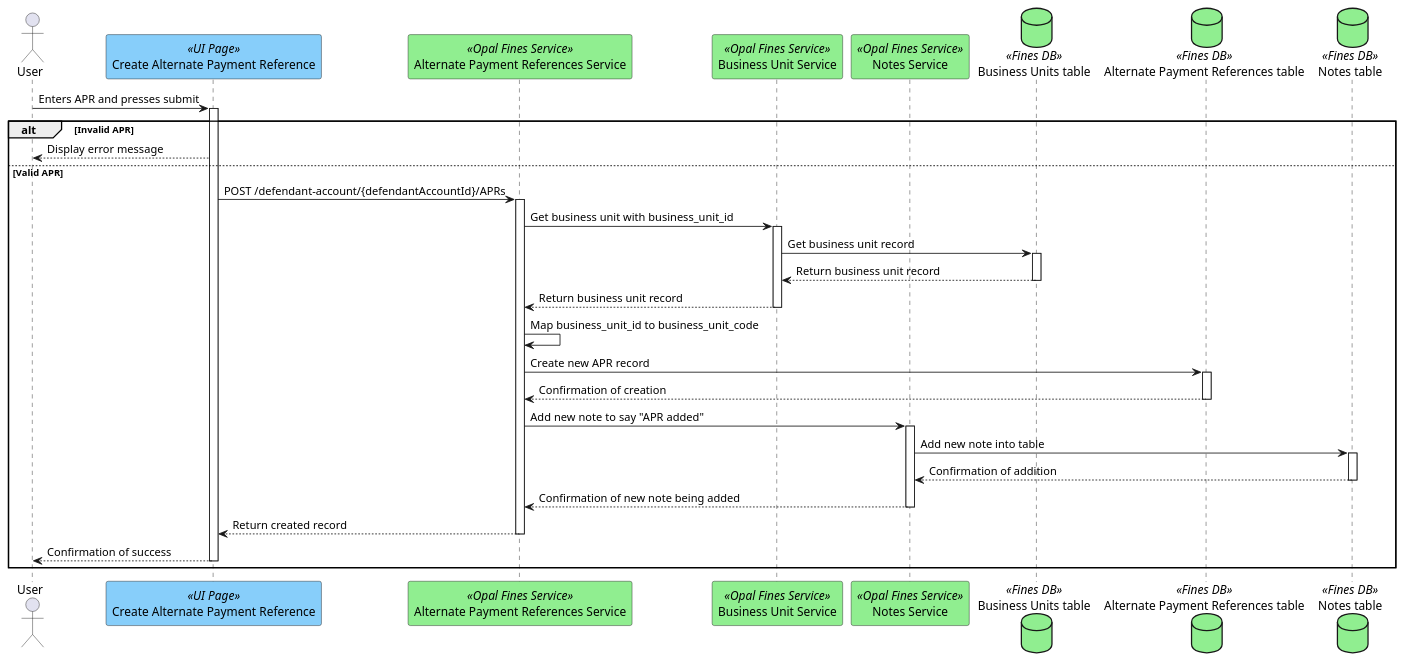
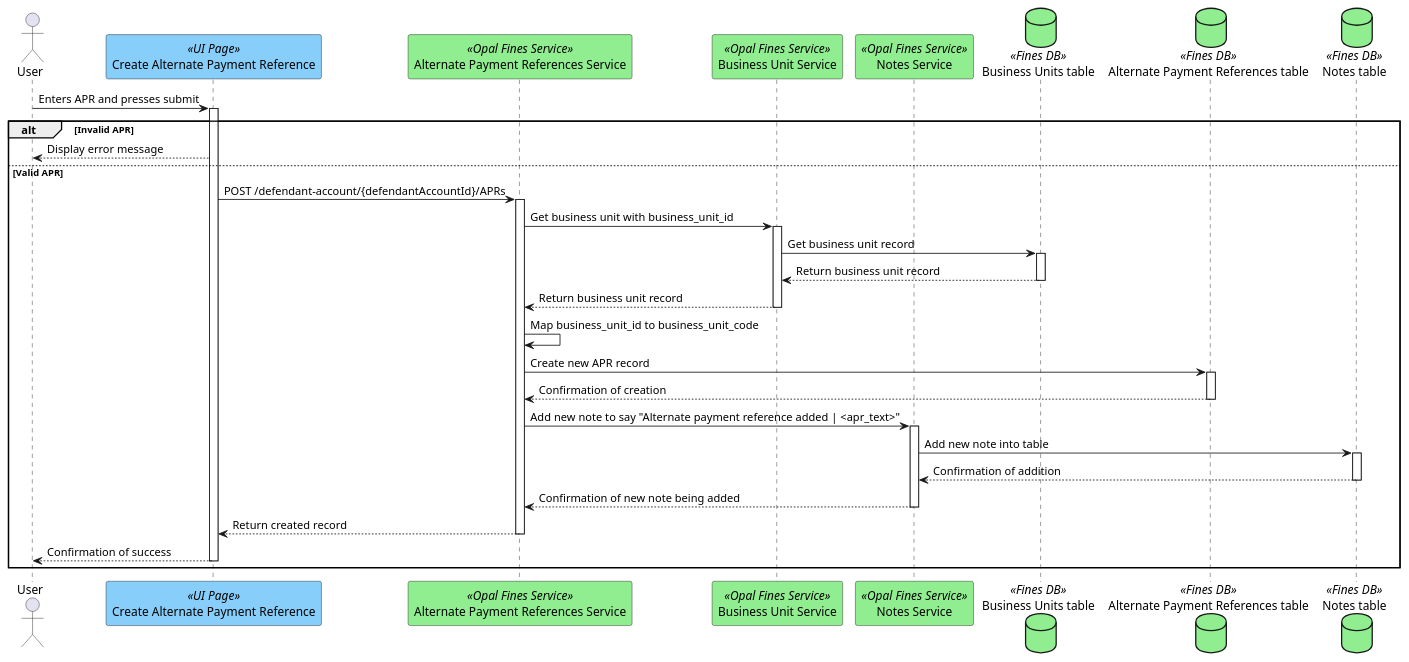
Before and after one commit to hmcts/opal-docs: the diagram in plantUML/external-interfaces/create-apr.puml, drawn with PlantUML. The commit also changed 2 other files, not shown here.

Commit message:
Updating the notes messages to be inline with figmas.

```diff
--- a/plantUML/external-interfaces/create-apr.puml
+++ b/plantUML/external-interfaces/create-apr.puml
@@ -1,30 +1,30 @@
 @startuml
 actor "User" as user
 participant "Create Alternate Payment Reference" as uiPage <<UI Page>> #lightskyblue
 participant "Alternate Payment References Service" as alternatePaymentReferencesService <<Opal Fines Service>> #lightgreen
 participant "Business Unit Service" as businessUnitService <<Opal Fines Service>> #lightgreen
 participant "Notes Service" as notesService <<Opal Fines Service>> #lightgreen
 database "Business Units table" as businessUnitsTable <<Fines DB>>#lightgreen
 database "Alternate Payment References table" as aprTable <<Fines DB>>#lightgreen
 database "Notes table" as notesTable <<Fines DB>>#lightgreen
 
 user -> uiPage ++ : Enters APR and presses submit
 alt Invalid APR
     uiPage --> user : Display error message
 else Valid APR
     uiPage -> alternatePaymentReferencesService ++ : POST /defendant-account/{defendantAccountId}/APRs
     alternatePaymentReferencesService -> businessUnitService ++ : Get business unit with business_unit_id
     businessUnitService -> businessUnitsTable ++ : Get business unit record
     businessUnitsTable --> businessUnitService -- : Return business unit record
     businessUnitService --> alternatePaymentReferencesService -- : Return business unit record
     alternatePaymentReferencesService -> alternatePaymentReferencesService : Map business_unit_id to business_unit_code
     alternatePaymentReferencesService -> aprTable ++ : Create new APR record
     aprTable --> alternatePaymentReferencesService -- : Confirmation of creation
-    alternatePaymentReferencesService -> notesService ++ :  Add new note to say "APR added"
+    alternatePaymentReferencesService -> notesService ++ :  Add new note to say "Alternate payment reference added | <apr_text>"
     notesService -> notesTable ++ : Add new note into table
     notesTable --> notesService -- : Confirmation of addition
     notesService --> alternatePaymentReferencesService -- : Confirmation of new note being added
     alternatePaymentReferencesService --> uiPage -- : Return created record
     uiPage --> user -- : Confirmation of success
 end
 @enduml
```
